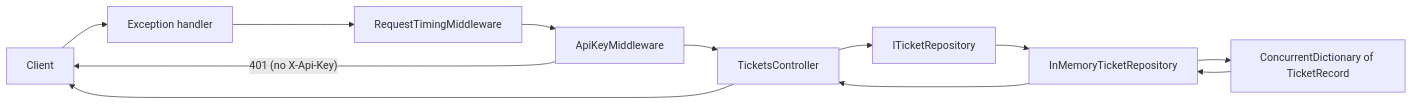
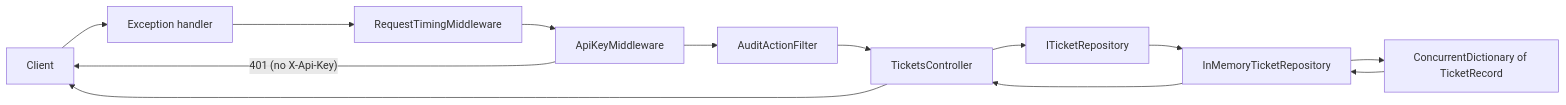
One commit to sanbrasp/advancedbackendprogramming changed the diagram in HelpDesk.Api/README.md. Above: the diagram before and after it, drawn with Mermaid. The commit also changed other lines of this file, not shown here.

````diff
--- a/HelpDesk.Api/README.md
+++ b/HelpDesk.Api/README.md
@@ -78,14 +92,15 @@
 ```mermaid
 flowchart LR
   C[Client] --> E[Exception handler]
   E --> R[RequestTimingMiddleware]
   R --> K[ApiKeyMiddleware]
   K -- "401 (no X-Api-Key)" --> C
-  K --> T[TicketsController]
+  K --> F[AuditActionFilter]
+  F --> T[TicketsController]
   T --> I[ITicketRepository]
   I --> M[InMemoryTicketRepository]
   M --> D[ConcurrentDictionary of TicketRecord]
   D --> M
   M --> T
   T --> C
 ```
````
